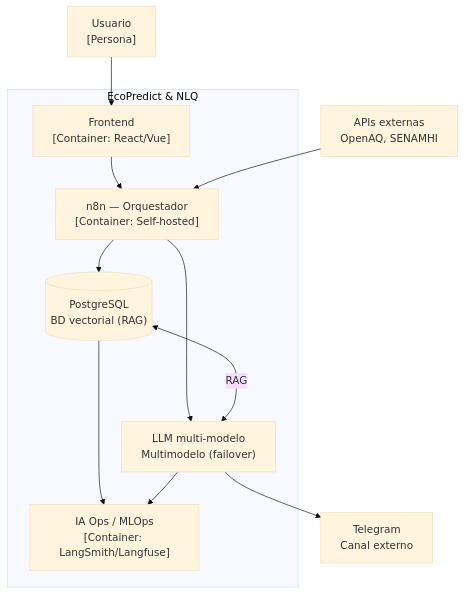
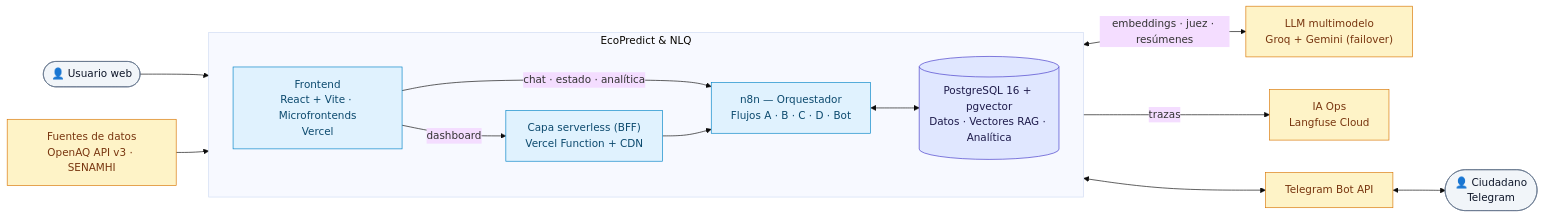
Before and after one commit to davidllamocca/practica1: the first of 6 diagrams in README.md, drawn with Mermaid (base theme). The commit also changed other lines of this file, not shown here.

````diff
--- a/README.md
+++ b/README.md
@@ -17,26 +47,36 @@
 ```mermaid
-flowchart TD
-    U["Usuario<br/>[Persona]"]
+flowchart LR
+    U(["👤 Usuario web"])
+    CIU(["👤 Ciudadano<br/>Telegram"])
 
-    subgraph EcoPredict ["EcoPredict & NLQ"]
-        FE["Frontend<br/>[Container: React/Vue]"]
-        N8N["n8n — Orquestador<br/>[Container: Self-hosted]"]
-        DB[("PostgreSQL<br/>BD vectorial (RAG)")]
-        LLM["LLM multi-modelo<br/>Multimodelo (failover)"]
-        IAOPS["IA Ops / MLOps<br/>[Container: LangSmith/Langfuse]"]
+    subgraph ECO["EcoPredict & NLQ"]
+        direction LR
+        FE["Frontend<br/>React + Vite · Microfrontends<br/>Vercel"]
+        BFF["Capa serverless (BFF)<br/>Vercel Function + CDN"]
+        N8N["n8n — Orquestador<br/>Flujos A · B · C · D · Bot"]
+        DB[("PostgreSQL 16 + pgvector<br/>Datos · Vectores RAG · Analítica")]
     end
 
-    EXT_API["APIs externas<br/>OpenAQ, SENAMHI"]
-    TG["Telegram<br/>Canal externo"]
+    EXT["Fuentes de datos<br/>OpenAQ API v3 · SENAMHI"]
+    LLM["LLM multimodelo<br/>Groq + Gemini (failover)"]
+    OBS["IA Ops<br/>Langfuse Cloud"]
+    TG["Telegram Bot API"]
 
     U --> FE
-    FE --> N8N
-    EXT_API --> N8N
-    N8N --> DB
-    N8N --> LLM
-    DB <--->|RAG| LLM
-    LLM --> TG
-    DB --> IAOPS
-    LLM --> IAOPS
+    FE -->|"chat · estado · analítica"| N8N
+    FE -->|"dashboard"| BFF --> N8N
+    EXT --> N8N
+    N8N <--> DB
+    N8N <-->|"embeddings · juez · resúmenes"| LLM
+    N8N -->|"trazas"| OBS
+    N8N <--> TG <--> CIU
 
+    classDef core fill:#E0F2FE,stroke:#0284C7,color:#0C4A6E
+    classDef data fill:#E0E7FF,stroke:#4338CA,color:#1E1B4B
+    classDef ext fill:#FEF3C7,stroke:#D97706,color:#78350F
+    classDef person fill:#F1F5F9,stroke:#64748B,color:#0F172A
+    class FE,BFF,N8N core
+    class DB data
+    class EXT,LLM,OBS,TG ext
+    class U,CIU person
 ```
````
